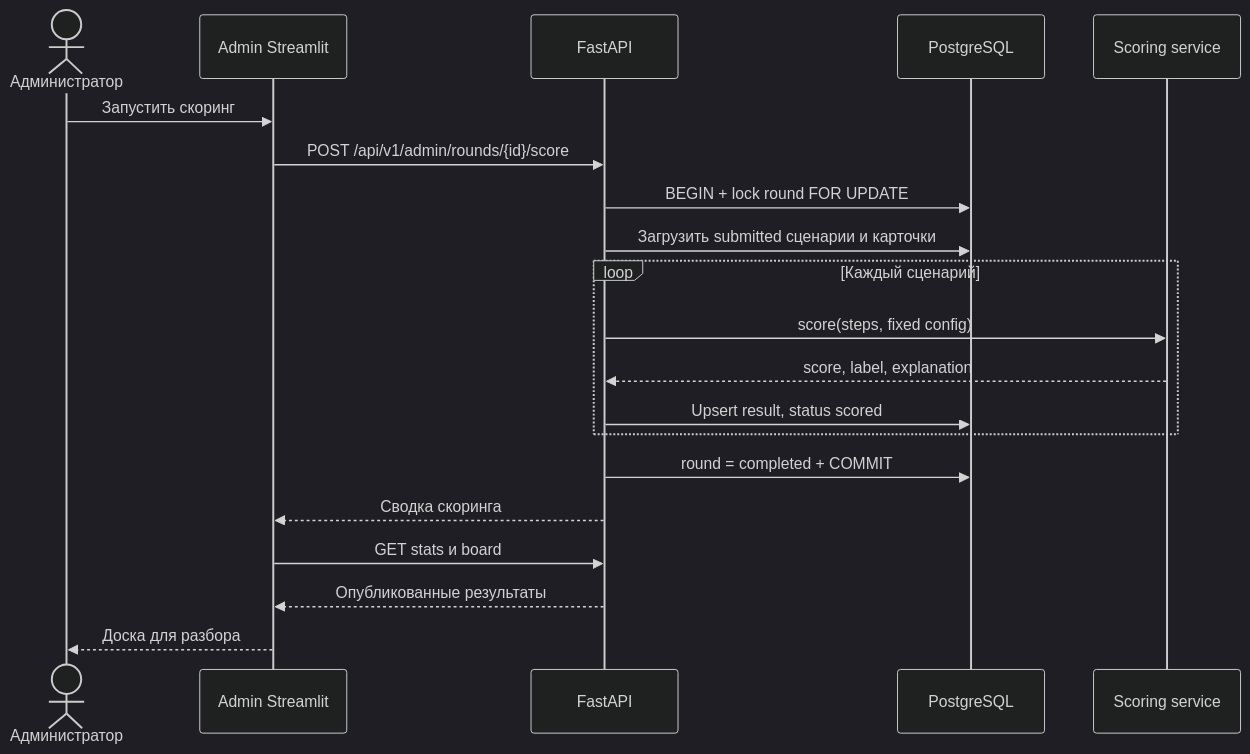
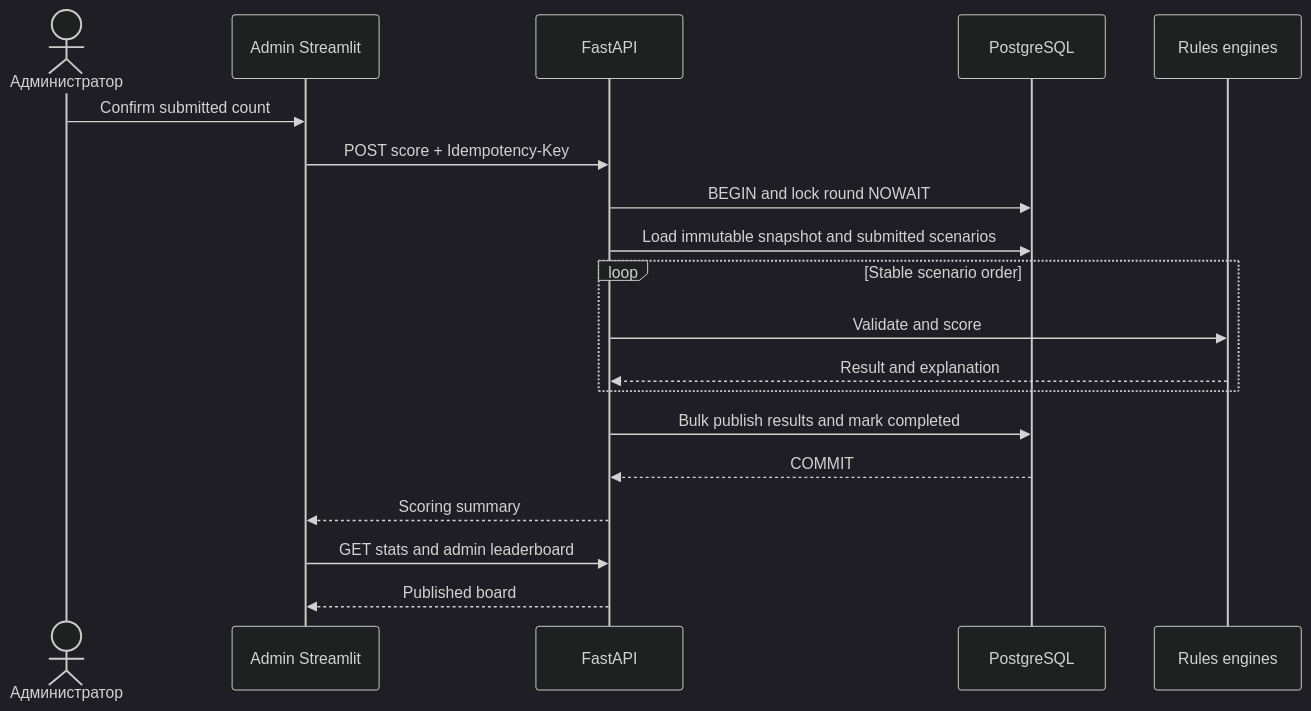
One commit to BigZet/AMLautosim changed the sixth of 6 diagrams in docs/workshop-flow.md. Above: the diagram before and after it, drawn with Mermaid (dark theme). The commit also changed other lines of this file and 14 other files, not shown here.

````diff
--- a/docs/workshop-flow.md
+++ b/docs/workshop-flow.md
@@ -116,23 +252,22 @@
 ```mermaid
 sequenceDiagram
     actor A as Администратор
     participant S as Admin Streamlit
     participant F as FastAPI
-    participant P as PostgreSQL
-    participant M as Scoring service
+    participant D as PostgreSQL
+    participant R as Rules engines
 
-    A->>S: Запустить скоринг
-    S->>F: POST /api/v1/admin/rounds/{id}/score
-    F->>P: BEGIN + lock round FOR UPDATE
-    F->>P: Загрузить submitted сценарии и карточки
-    loop Каждый сценарий
-        F->>M: score(steps, fixed config)
-        M-->>F: score, label, explanation
-        F->>P: Upsert result, status scored
+    A->>S: Confirm submitted count
+    S->>F: POST score + Idempotency-Key
+    F->>D: BEGIN and lock round NOWAIT
+    F->>D: Load immutable snapshot and submitted scenarios
+    loop Stable scenario order
+        F->>R: Validate and score
+        R-->>F: Result and explanation
     end
-    F->>P: round = completed + COMMIT
-    F-->>S: Сводка скоринга
-    S->>F: GET stats и board
-    F-->>S: Опубликованные результаты
-    S-->>A: Доска для разбора
+    F->>D: Bulk publish results and mark completed
+    D-->>F: COMMIT
+    F-->>S: Scoring summary
+    S->>F: GET stats and admin leaderboard
+    F-->>S: Published board
 ```
````
